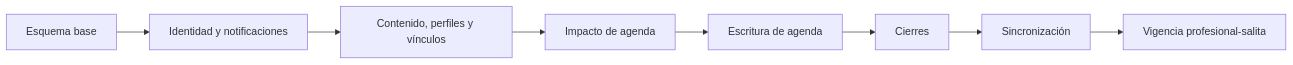
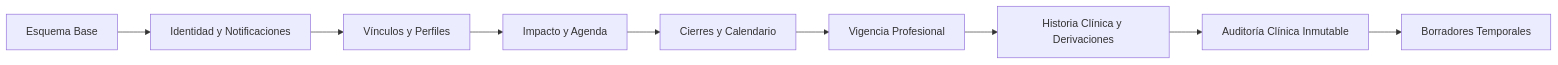
Before and after one commit to Arhiell/SAPS_Turno: the diagram in docs/MIGRACIONES.md, drawn with Mermaid. The commit also changed other lines of this file and 13 other files, not shown here.

````diff
--- a/docs/MIGRACIONES.md
+++ b/docs/MIGRACIONES.md
@@ -43,10 +47,11 @@
 ```mermaid
 flowchart LR
-    B["Esquema base"] --> N["Identidad y notificaciones"]
-    N --> P["Contenido, perfiles y vínculos"]
-    P --> A["Impacto de agenda"]
-    A --> E["Escritura de agenda"]
-    E --> C["Cierres"]
-    C --> S["Sincronización"]
-    S --> V["Vigencia profesional-salita"]
+    B["Esquema Base"] --> N["Identidad y Notificaciones"]
+    N --> P["Vínculos y Perfiles"]
+    P --> A["Impacto y Agenda"]
+    A --> C["Cierres y Calendario"]
+    C --> V["Vigencia Profesional"]
+    V --> HC["Historia Clínica y Derivaciones"]
+    HC --> AUD["Auditoría Clínica Inmutable"]
+    AUD --> BORR["Borradores Temporales"]
 ```
````
